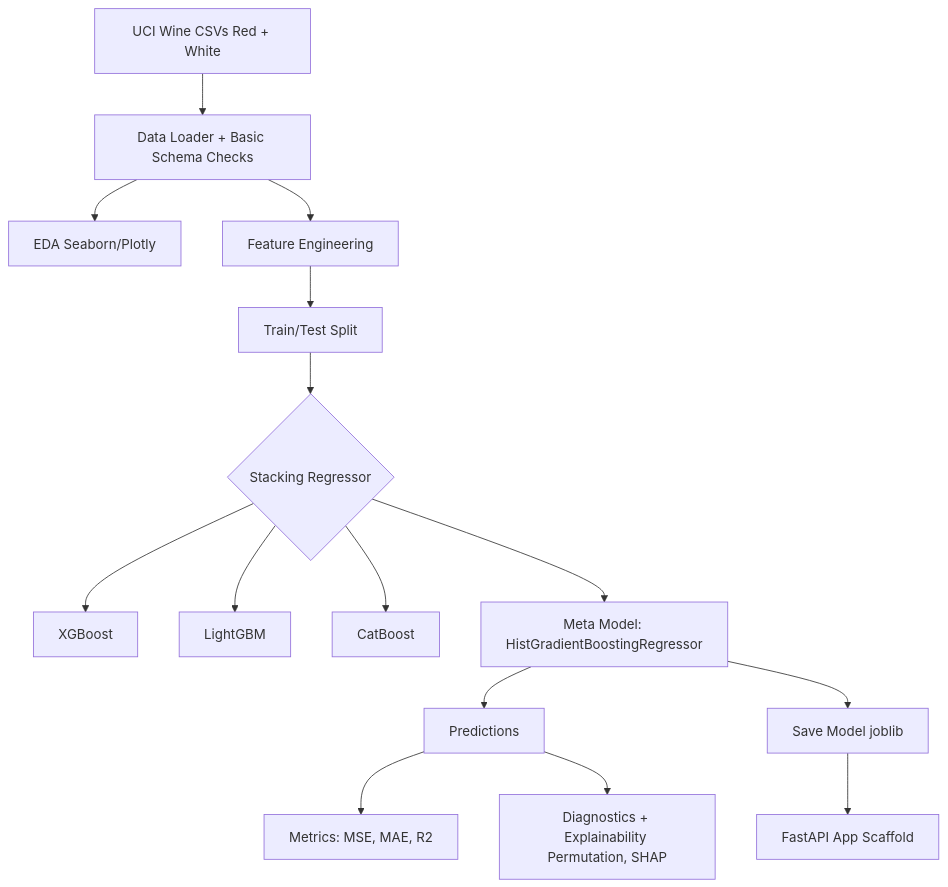
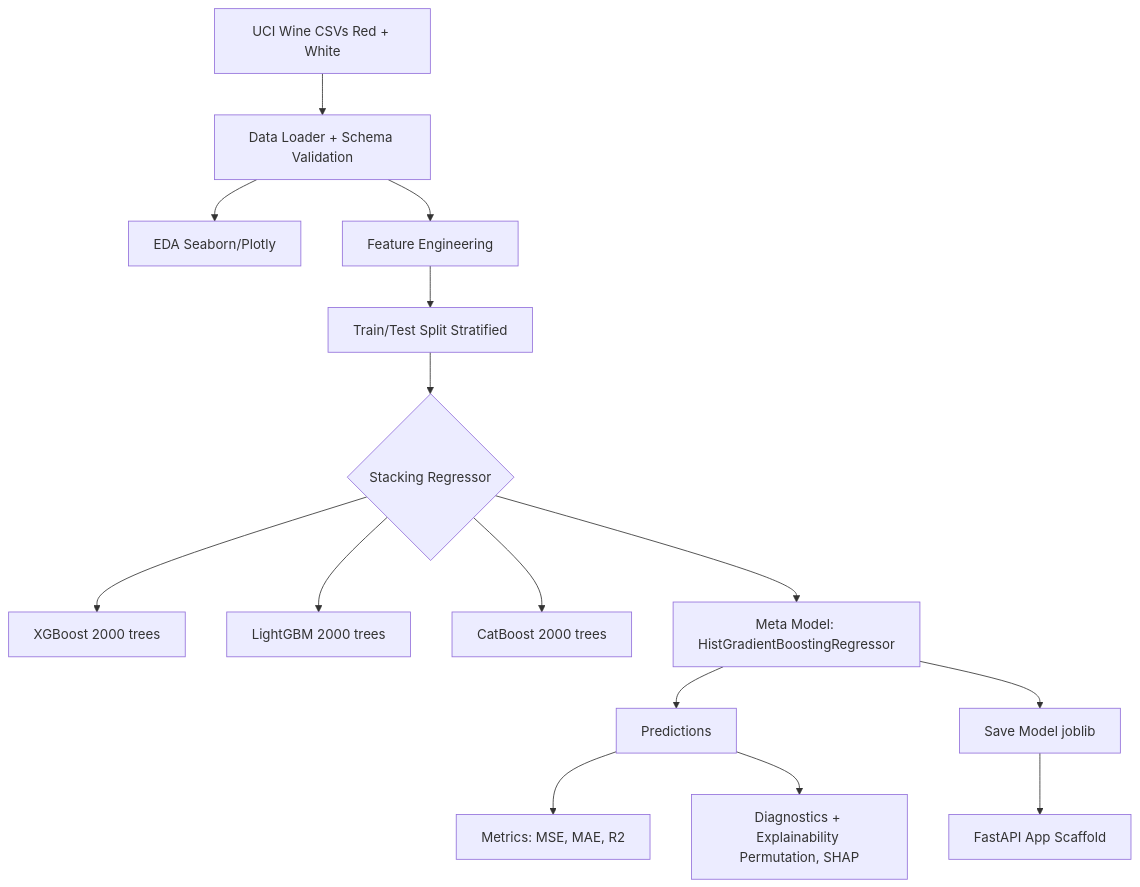
Before and after one commit to sherurox/Advanced-Wine-Quality-Analysis: the diagram in README.md, drawn with Mermaid. The commit also changed other lines of this file, not shown here.

````diff
--- a/README.md
+++ b/README.md
@@ -109,17 +140,17 @@
 ```mermaid
 graph TD
-    A[UCI Wine CSVs Red + White] --> B[Data Loader + Basic Schema Checks]
+    A[UCI Wine CSVs Red + White] --> B[Data Loader + Schema Validation]
     B --> C[EDA Seaborn/Plotly]
     B --> D[Feature Engineering]
-    D --> E[Train/Test Split]
+    D --> E[Train/Test Split Stratified]
     E --> F{Stacking Regressor}
-    F --> G[XGBoost]
-    F --> H[LightGBM]
-    F --> I[CatBoost]
+    F --> G[XGBoost 2000 trees]
+    F --> H[LightGBM 2000 trees]
+    F --> I[CatBoost 2000 trees]
     F --> J[Meta Model: HistGradientBoostingRegressor]
     J --> K[Predictions]
     K --> L[Metrics: MSE, MAE, R2]
     K --> M[Diagnostics + Explainability Permutation, SHAP]
     J --> N[Save Model joblib]
     N --> O[FastAPI App Scaffold]
 ```
````
